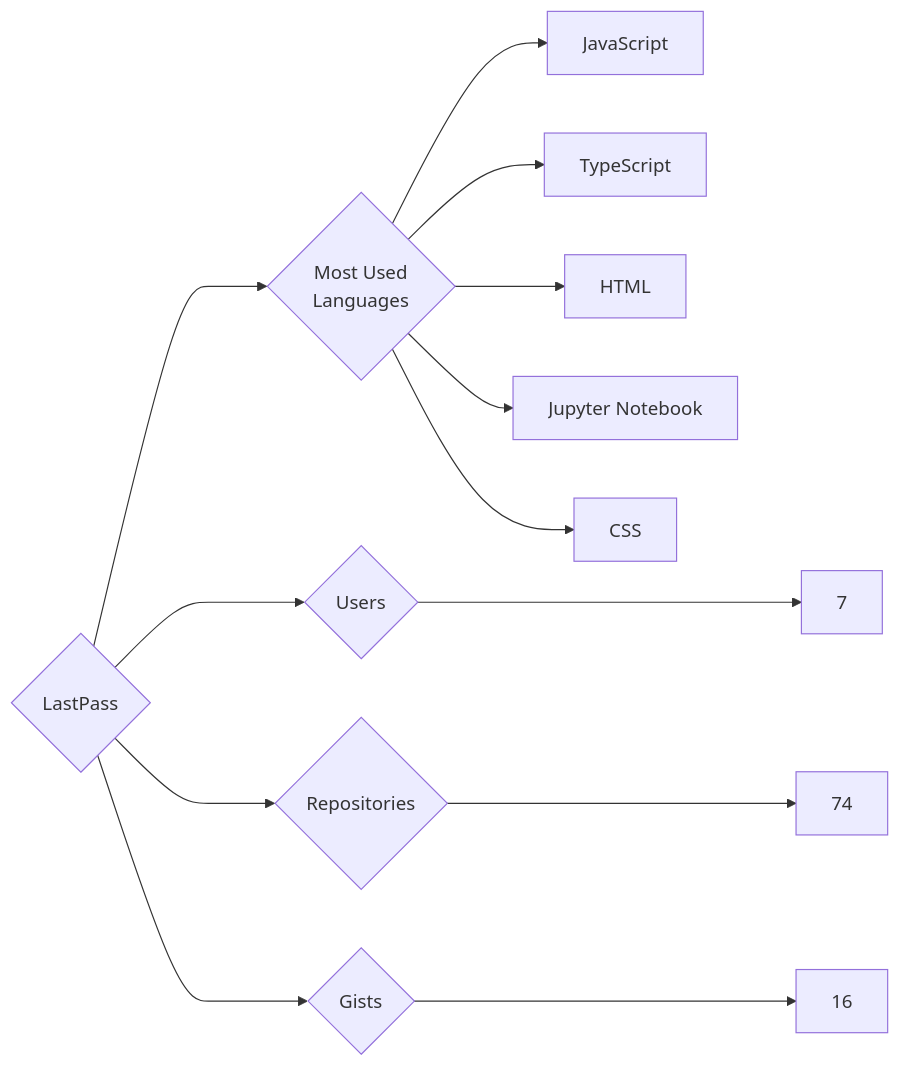
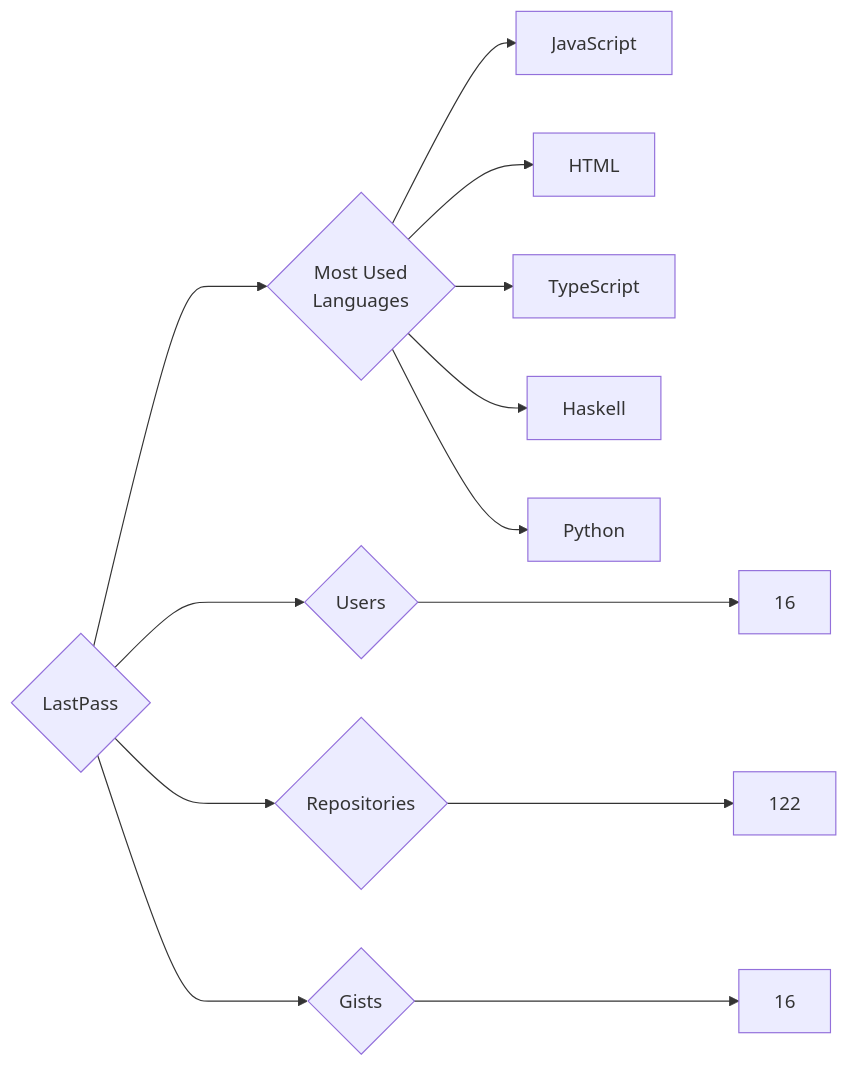
Before and after one commit to trickest/insiders: the diagram in targets/LastPass/README.md, drawn with Mermaid. The commit also changed 681 other files, not shown here.

````diff
--- a/targets/LastPass/README.md
+++ b/targets/LastPass/README.md
@@ -3,13 +3,13 @@
 ```mermaid
 graph LR
 COMPANY_NAME{LastPass}
-COMPANY_NAME ---> U{Users} ---> UN[7]
-COMPANY_NAME ---> R{Repositories} ---> RN[74]
+COMPANY_NAME ---> U{Users} ---> UN[16]
+COMPANY_NAME ---> R{Repositories} ---> RN[122]
 COMPANY_NAME ---> G{Gists} ---> GN[16]
 COMPANY_NAME ---> ML{Most Used<br>Languages}
 ML --> JavaScript[JavaScript]
+ML --> HTML[HTML]
 ML --> TypeScript[TypeScript]
-ML --> HTML[HTML]
-ML --> Jupyter_Notebook[Jupyter Notebook]
-ML --> CSS[CSS]
+ML --> Haskell[Haskell]
+ML --> Python[Python]
 ```
````
